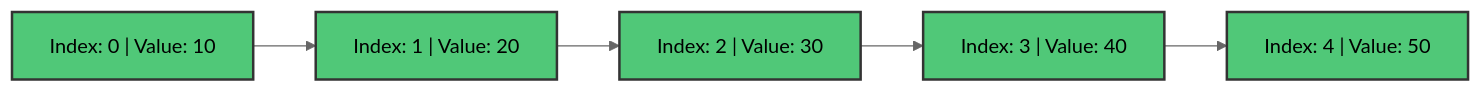
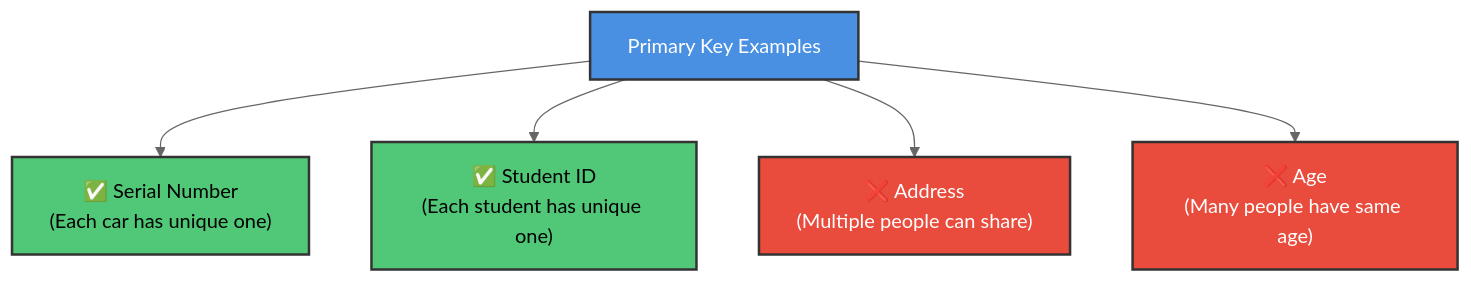
Before and after one commit to M-F-Tushar/CSE-2101-Data-Structure: the fifth of 29 diagrams in Chapter 1 - Introduction and Overview/README.md, drawn with Mermaid (neutral theme). The commit also changed other lines of this file, not shown here.

````diff
--- a/Chapter 1 - Introduction and Overview/README.md
+++ b/Chapter 1 - Introduction and Overview/README.md
@@ -331,13 +152,13 @@
 ```mermaid
-graph LR
-    A["Index: 0 | Value: 10"] --> B["Index: 1 | Value: 20"]
-    B --> C["Index: 2 | Value: 30"]
-    C --> D["Index: 3 | Value: 40"]
-    D --> E["Index: 4 | Value: 50"]
+graph TD
+    A["Primary Key Examples"] --> B["✅ Serial Number<br/>(Each car has unique one)"]
+    A --> C["✅ Student ID<br/>(Each student has unique one)"]
+    A --> D["❌ Address<br/>(Multiple people can share)"]
+    A --> E["❌ Age<br/>(Many people have same age)"]
     
-    style A fill:#50C878,stroke:#333,stroke-width:2px,color:#000
+    style A fill:#4A90E2,stroke:#333,stroke-width:2px,color:#fff
     style B fill:#50C878,stroke:#333,stroke-width:2px,color:#000
     style C fill:#50C878,stroke:#333,stroke-width:2px,color:#000
-    style D fill:#50C878,stroke:#333,stroke-width:2px,color:#000
-    style E fill:#50C878,stroke:#333,stroke-width:2px,color:#000
+    style D fill:#E94B3C,stroke:#333,stroke-width:2px,color:#fff
+    style E fill:#E94B3C,stroke:#333,stroke-width:2px,color:#fff
 ```
````
